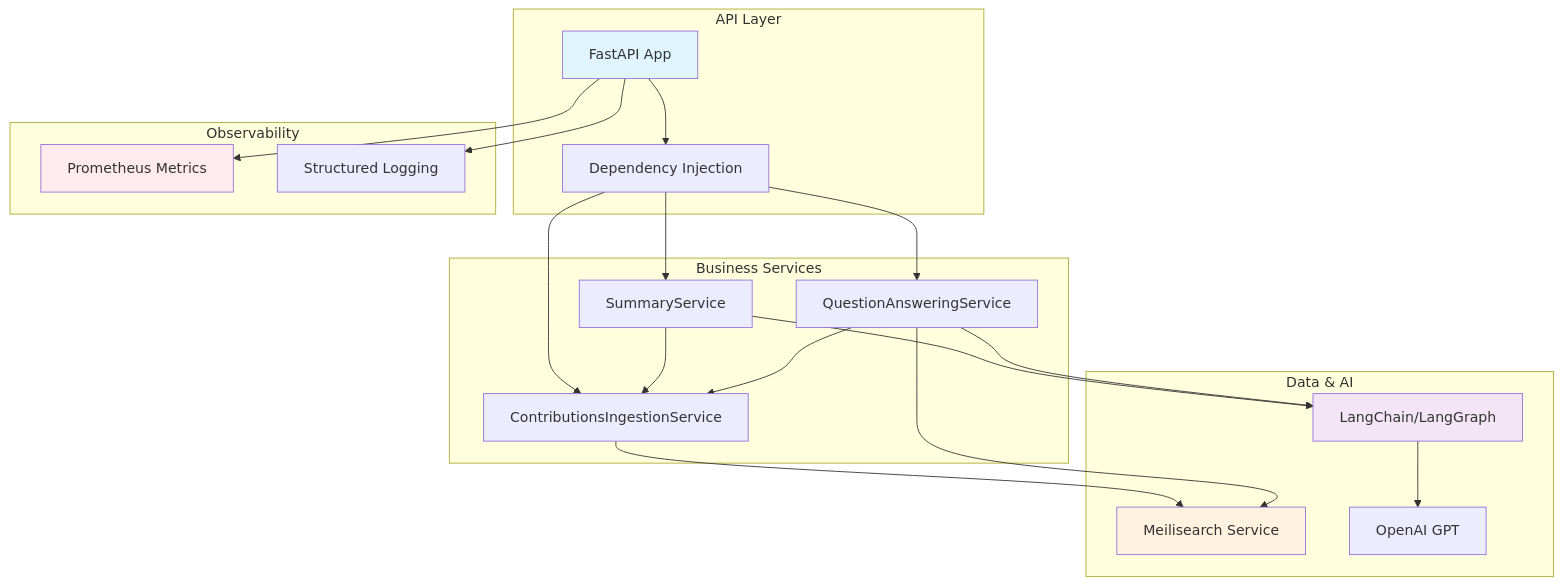
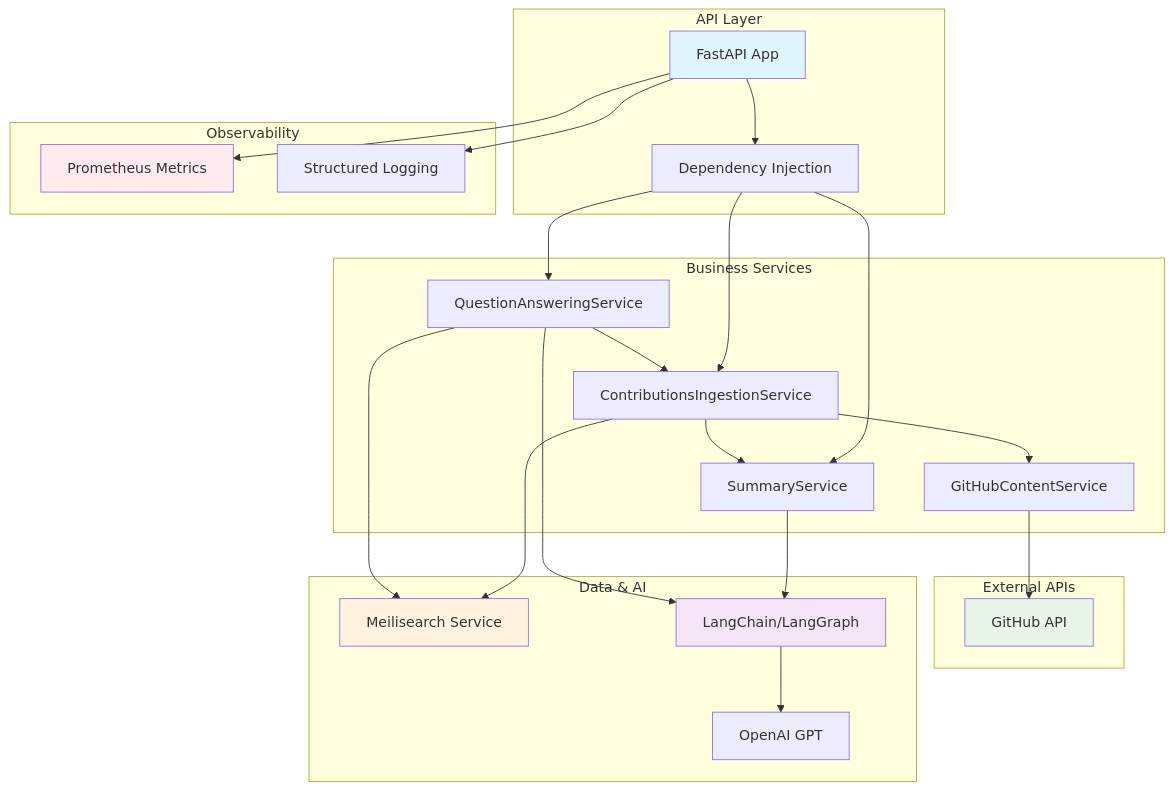
One commit to AET-DevOps25/team-promptheus changed the first of 3 diagrams in genai/README.md. Above: the diagram before and after it, drawn with Mermaid. The commit also changed other lines of this file and 13 other files, not shown here.

````diff
--- a/genai/README.md
+++ b/genai/README.md
@@ -22,46 +28,54 @@
 ```mermaid
 graph TB
     subgraph "API Layer"
         API[FastAPI App]
         DEPS[Dependency Injection]
     end
     
     subgraph "Business Services"
         ING[ContributionsIngestionService]
         SUM[SummaryService]
         QA[QuestionAnsweringService]
+        GH[GitHubContentService]
+    end
+    
+    subgraph "External APIs"
+        GITHUB[GitHub API]
     end
     
     subgraph "Data & AI"
         MEILI[Meilisearch Service]
         LC[LangChain/LangGraph]
         LLM[OpenAI GPT]
     end
     
     subgraph "Observability"
         METRICS[Prometheus Metrics]
         LOGS[Structured Logging]
     end
     
     API --> DEPS
     DEPS --> ING
     DEPS --> SUM
     DEPS --> QA
     
+    ING --> GH
+    ING --> SUM
     ING --> MEILI
-    SUM --> ING
+    GH --> GITHUB
     SUM --> LC
     QA --> ING
     QA --> LC
     QA --> MEILI
     
     LC --> LLM
     
     API --> METRICS
     API --> LOGS
     
     style API fill:#e1f5fe
     style LC fill:#f3e5f5
     style MEILI fill:#fff3e0
+    style GITHUB fill:#e8f5e8
     style METRICS fill:#ffebee
 ```
````
